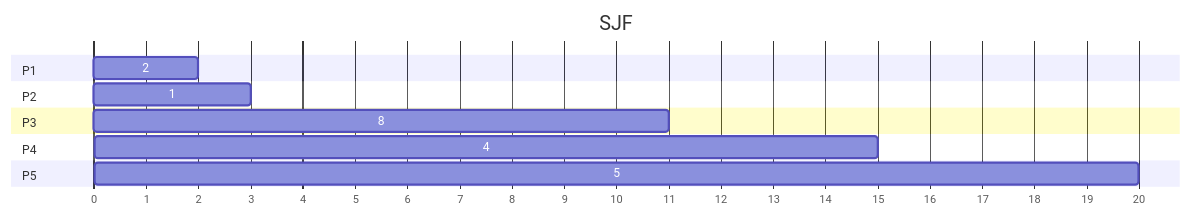
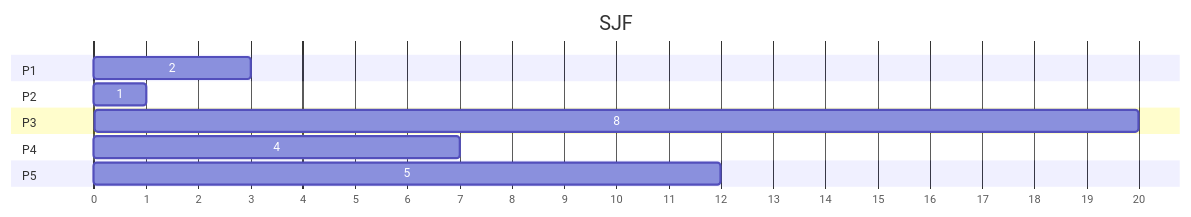
Before and after one commit to orangebabyb/github-slideshow: the ninth of 21 diagrams in README.md, drawn with Mermaid. The commit also changed other lines of this file, not shown here.

````diff
--- a/README.md
+++ b/README.md
@@ -853,16 +1039,16 @@
 ```mermaid
 gantt
     title SJF
     dateFormat X
     axisFormat %s
     section P1
-    2   : 0, 2 
+    2   : 1, 3 
     section P2
-    1   : 2, 3
+    1   : 0, 1
     section P3
-    8   : 3, 11 
+    8   : 12, 20 
     section P4
-    4   : 11, 15
+    4   : 3, 7
     section P5
-    5   : 15, 20
+    5   : 7, 12
 ```
````
